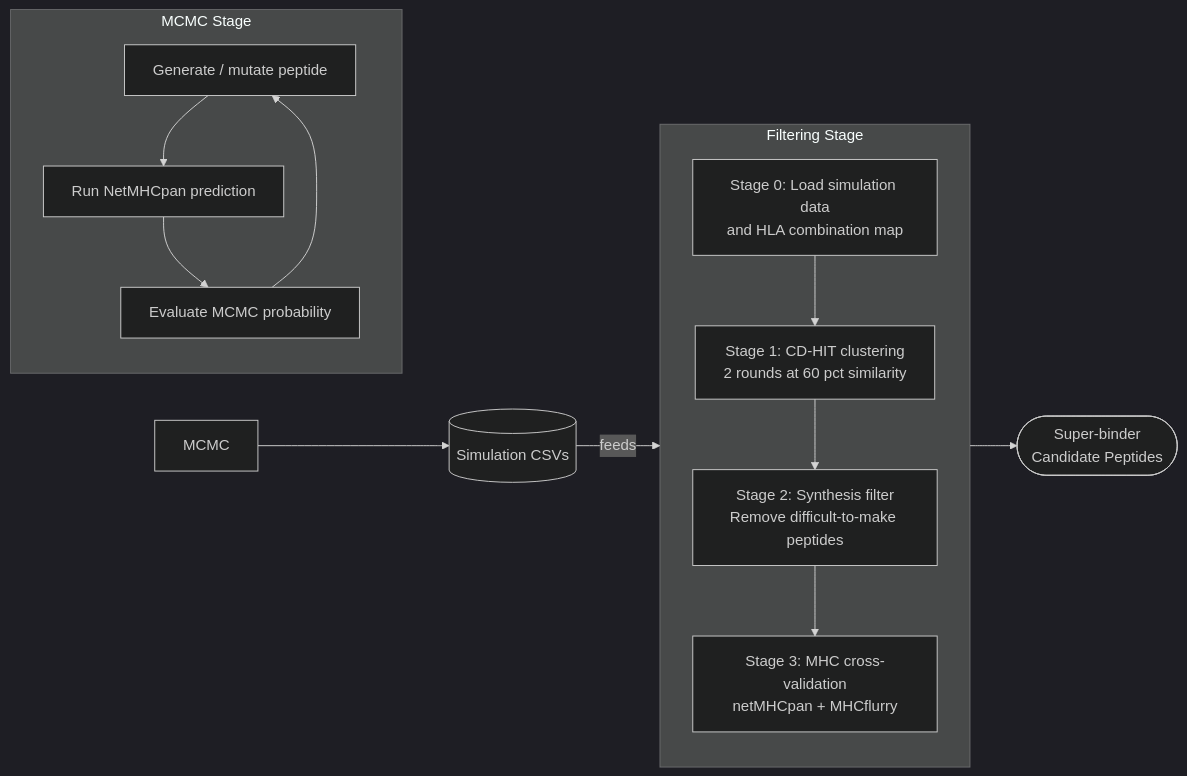
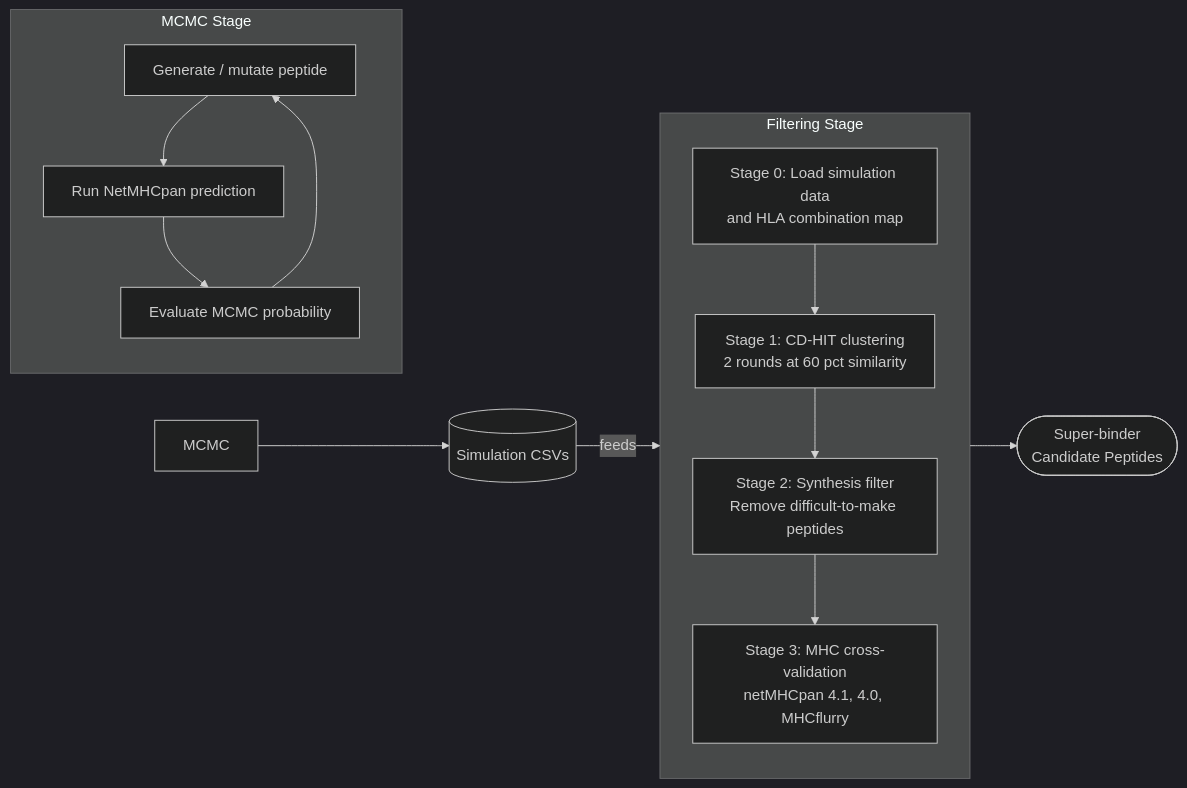
Before and after one commit to elinor5938/super-HLA: the diagram in README.md, drawn with Mermaid (dark theme). The commit also changed other lines of this file and 4 other files, not shown here.

````diff
--- a/README.md
+++ b/README.md
@@ -16,23 +16,23 @@
 ```mermaid
 flowchart LR
     subgraph MCMC Stage
         direction TB
         M1[Generate / mutate peptide]
         M2[Run NetMHCpan prediction]
         M3[Evaluate MCMC probability]
         M1 --> M2 --> M3 --> M1
     end
 
     subgraph Filtering Stage
         direction TB
         F0["Stage 0: Load simulation data<br/>and HLA combination map"]
         F1["Stage 1: CD-HIT clustering<br/>2 rounds at 60 pct similarity"]
         F2["Stage 2: Synthesis filter<br/>Remove difficult-to-make peptides"]
-        F3["Stage 3: MHC cross-validation<br/>netMHCpan + MHCflurry"]
+        F3["Stage 3: MHC cross-validation<br/>netMHCpan 4.1, 4.0, MHCflurry"]
         F0 --> F1 --> F2 --> F3
     end
 
     CSV[(Simulation CSVs)] -- feeds --> F0
     MCMC --> CSV
     F3 --> Result(["Super-binder<br/>Candidate Peptides"])
 ```
````
